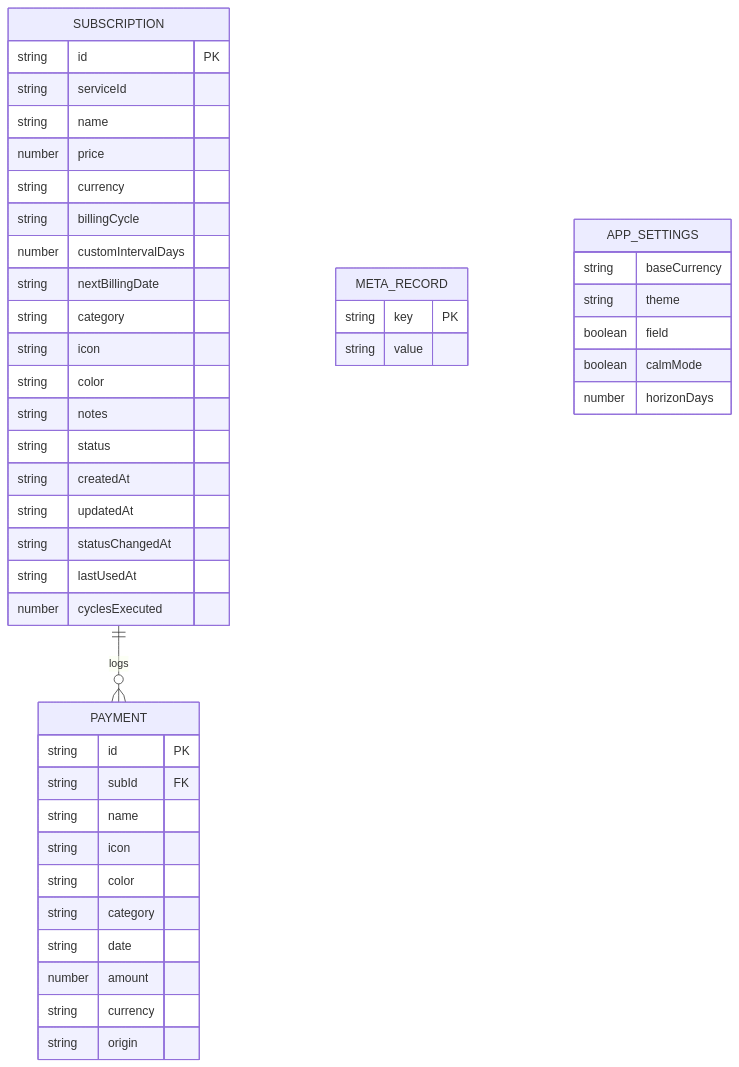
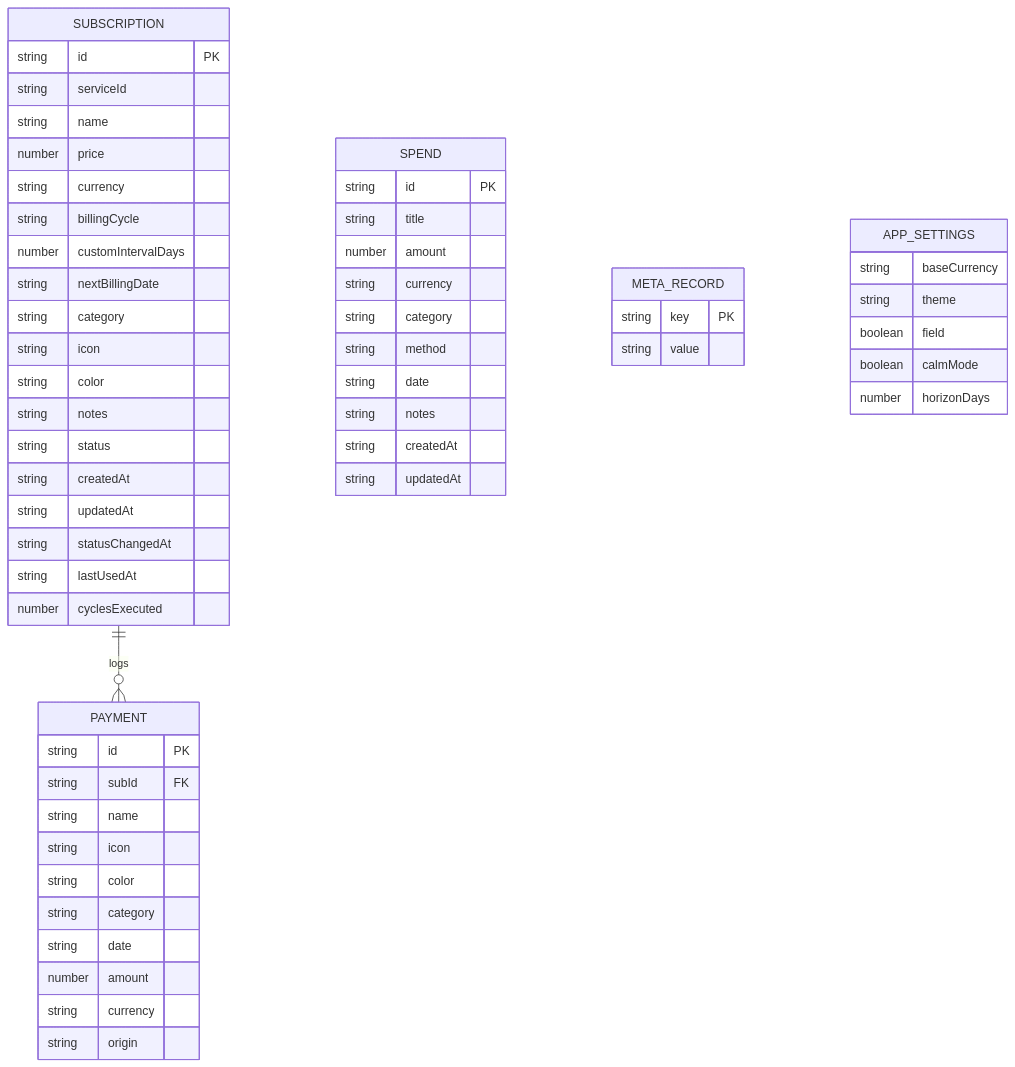
The first of 2 diagrams in AGENTS.md (hariharen9/Subtrack), drawn with Mermaid before and after one commit. The commit also changed other lines of this file and 24 other files, not shown here.

````diff
--- a/AGENTS.md
+++ b/AGENTS.md
@@ -185,47 +195,59 @@
 ```mermaid
 erDiagram
     SUBSCRIPTION ||--o{ PAYMENT : logs
     SUBSCRIPTION {
         string id PK
         string serviceId
         string name
         number price
         string currency
         string billingCycle
         number customIntervalDays
         string nextBillingDate
         string category
         string icon
         string color
         string notes
         string status
         string createdAt
         string updatedAt
         string statusChangedAt
         string lastUsedAt
         number cyclesExecuted
     }
     PAYMENT {
         string id PK
         string subId FK
         string name
         string icon
         string color
         string category
         string date
         number amount
         string currency
         string origin
     }
+    SPEND {
+        string id PK
+        string title
+        number amount
+        string currency
+        string category
+        string method
+        string date
+        string notes
+        string createdAt
+        string updatedAt
+    }
     META_RECORD {
         string key PK
         string value
     }
     APP_SETTINGS {
         string baseCurrency
         string theme
         boolean field
         boolean calmMode
         number horizonDays
     }
 ```
````
